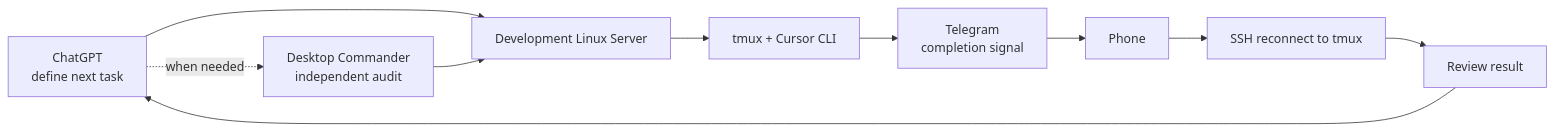
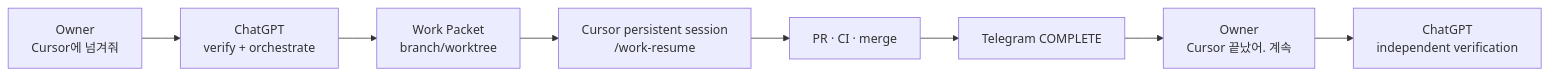
The diagram in mobile-remote-workflow.mdx (datarelay-labs/engineering-system-docs), drawn with Mermaid before and after one commit. The commit also changed other lines of this file and 8 other files, not shown here.

Commit message:
docs: align Cursor handoff and persistent session workflow

```diff
--- a/mobile-remote-workflow.mdx
+++ b/mobile-remote-workflow.mdx
@@ -25,12 +36,10 @@
 ~~~mermaid
 flowchart LR
-    C["ChatGPT<br/>define next task"] --> L["Development Linux Server"]
-    L --> X["tmux + Cursor CLI"]
-    X --> T["Telegram<br/>completion signal"]
-    T --> P["Phone"]
-    P --> S["SSH reconnect to tmux"]
-    S --> R["Review result"]
-    R --> C
-    C -. when needed .-> D["Desktop Commander<br/>independent audit"]
-    D --> L
+    O["Owner<br/>Cursor에 넘겨줘"] --> C["ChatGPT<br/>verify + orchestrate"]
+    C --> W["Work Packet<br/>branch/worktree"]
+    W --> P["Cursor persistent session<br/>/work-resume"]
+    P --> G["PR · CI · merge"]
+    G --> T["Telegram COMPLETE"]
+    T --> O2["Owner<br/>Cursor 끝났어. 계속"]
+    O2 --> C2["ChatGPT<br/>independent verification"]
 ~~~
```
